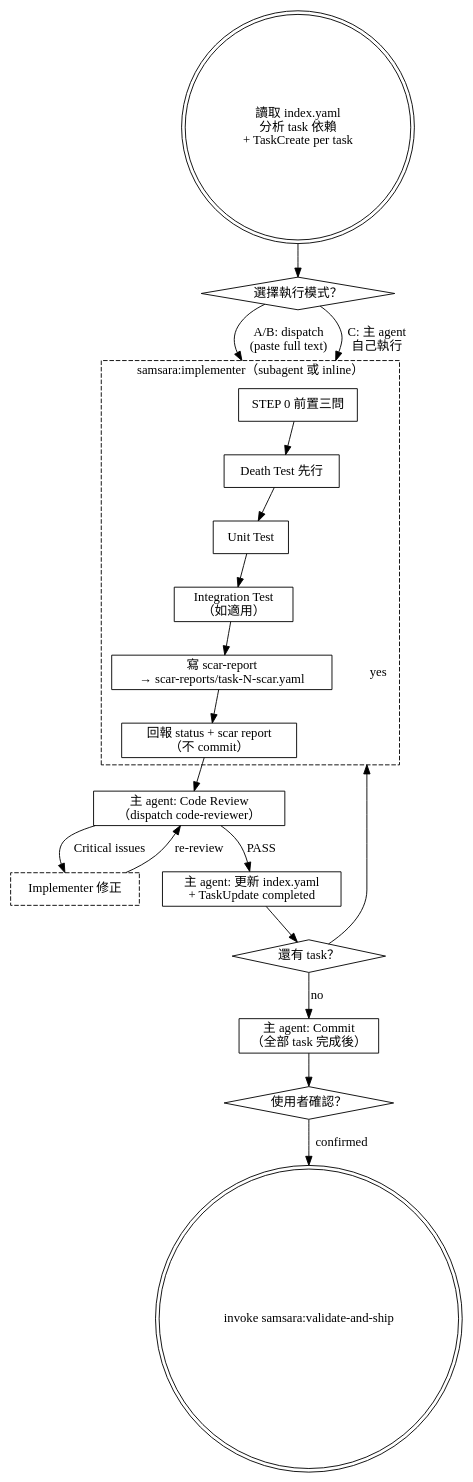
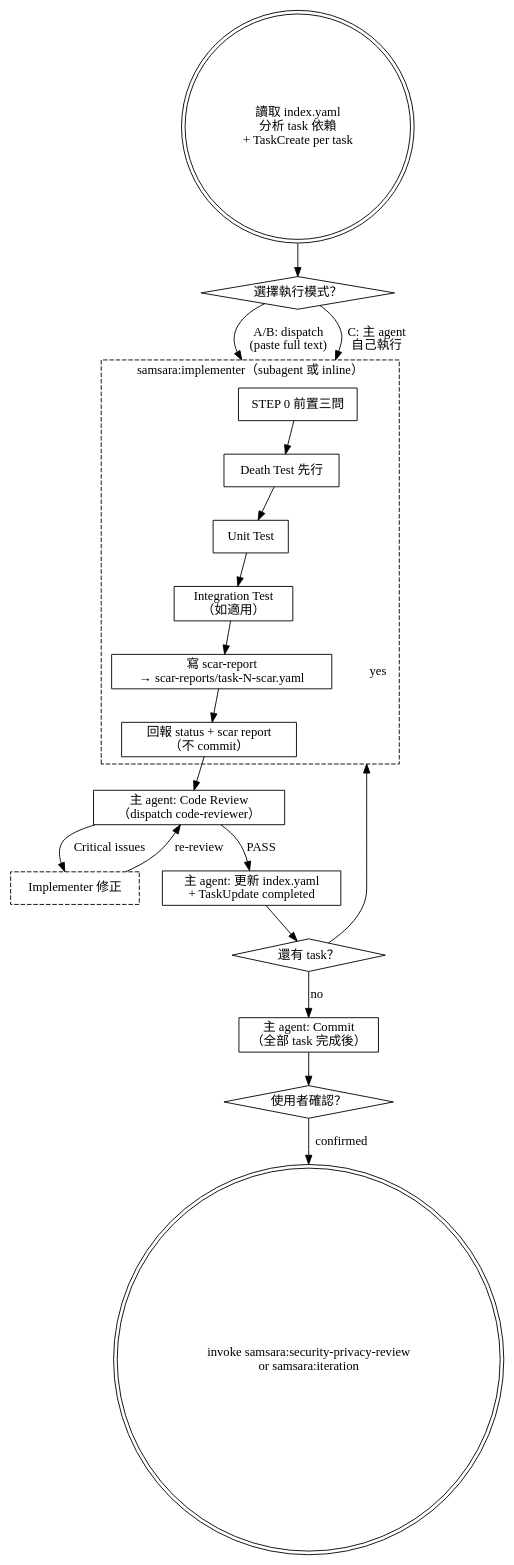
The diagram in samsara/skills/implement/SKILL.md (roymondliao/kaleidoscope-tools), drawn with Graphviz before and after one commit. The commit also changed other lines of this file and 19 other files, not shown here.

First line of the commit message:
feat(samsara): add security-privacy-review gate (Phase 5)

````diff
--- a/samsara/skills/implement/SKILL.md
+++ b/samsara/skills/implement/SKILL.md
@@ -21,48 +21,48 @@
 ```dot
 digraph implement {
     node [shape=box];
     compound=true;
 
     start [label="讀取 index.yaml\n分析 task 依賴\n+ TaskCreate per task" shape=doublecircle];
     mode [label="選擇執行模式？" shape=diamond];
 
     subgraph cluster_implementer {
         label="samsara:implementer（subagent 或 inline）";
         style=dashed;
         step0 [label="STEP 0 前置三問"];
         death_test [label="Death Test 先行"];
         unit_test [label="Unit Test"];
         integration [label="Integration Test\n（如適用）"];
         scar [label="寫 scar-report\n→ scar-reports/task-N-scar.yaml"];
         report [label="回報 status + scar report\n（不 commit）"];
     }
 
     review [label="主 agent: Code Review\n（dispatch code-reviewer）"];
     fix [label="Implementer 修正" style=dashed];
     update [label="主 agent: 更新 index.yaml\n+ TaskUpdate completed"];
     more [label="還有 task？" shape=diamond];
     commit [label="主 agent: Commit\n（全部 task 完成後）"];
     gate [label="使用者確認？" shape=diamond];
-    next [label="invoke samsara:validate-and-ship" shape=doublecircle];
+    next [label="invoke samsara:security-privacy-review\nor samsara:iteration" shape=doublecircle];
 
     start -> mode;
     mode -> step0 [label="A/B: dispatch\n(paste full text)" lhead=cluster_implementer];
     mode -> step0 [label="C: 主 agent\n自己執行" lhead=cluster_implementer];
 
     step0 -> death_test;
     death_test -> unit_test;
     unit_test -> integration;
     integration -> scar;
     scar -> report;
 
     report -> review;
     review -> update [label="PASS"];
     review -> fix [label="Critical issues"];
     fix -> review [label="re-review"];
     update -> more;
     more -> step0 [label="yes" lhead=cluster_implementer];
     more -> commit [label="no"];
     commit -> gate;
     gate -> next [label="confirmed"];
 }
 ```
````
